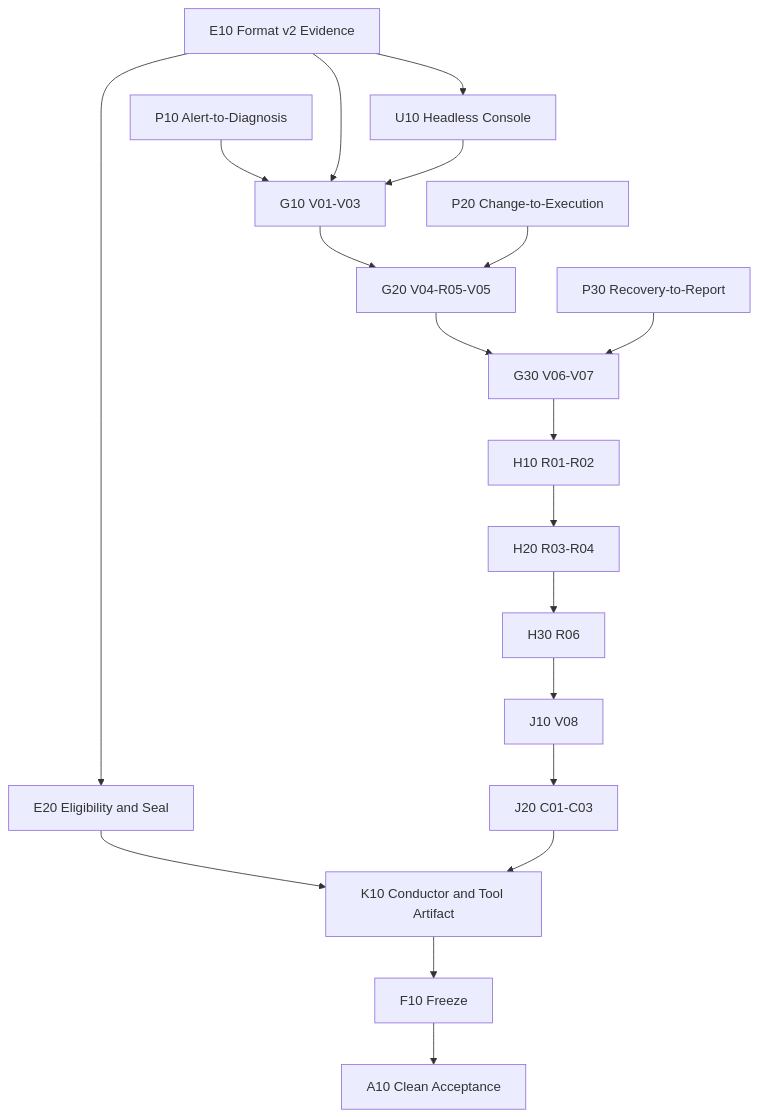
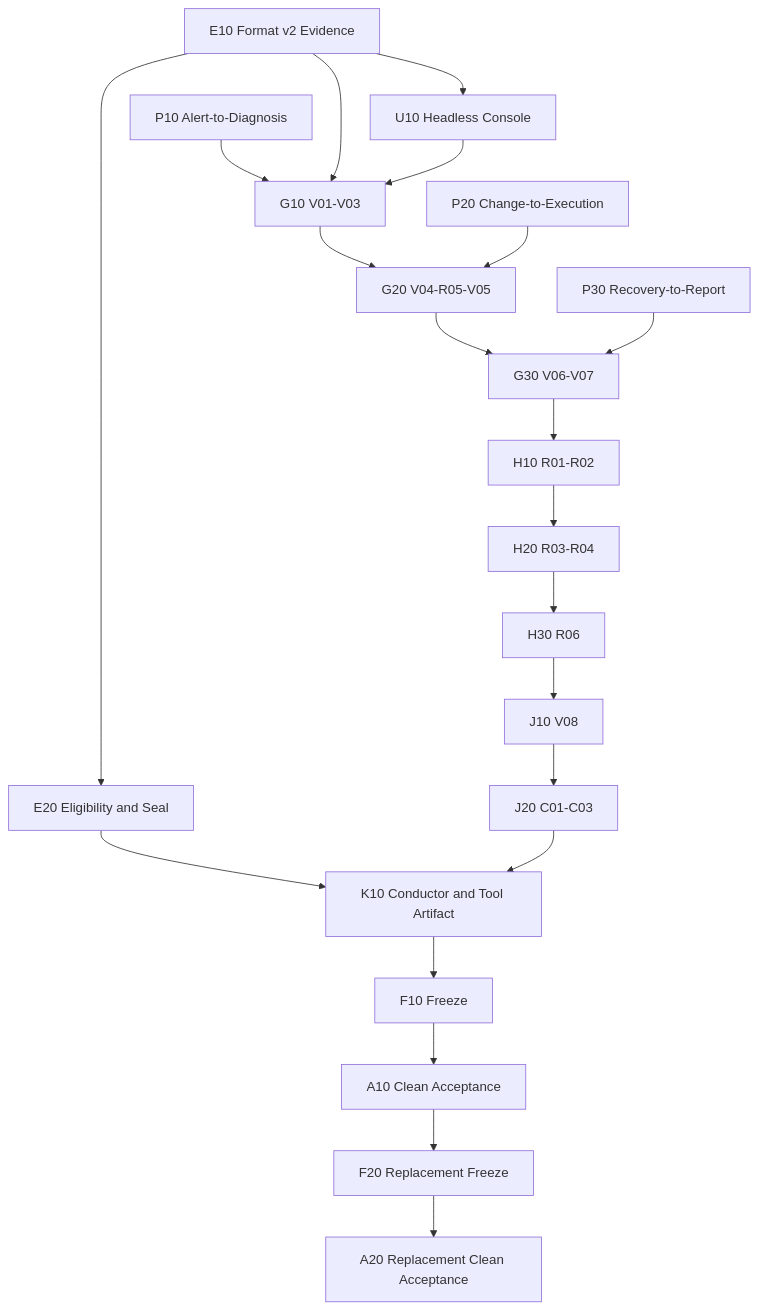
One commit to Timeless0927/AIops changed the diagram in .scratch/aiops-pilot-ready/remediation-tickets.md. Above: the diagram before and after it, drawn with Mermaid. The commit also changed other lines of this file and 1 other file, not shown here.

Commit message:
docs(acceptance): authorize F20 A20 replacement cycle

````diff
--- a/.scratch/aiops-pilot-ready/remediation-tickets.md
+++ b/.scratch/aiops-pilot-ready/remediation-tickets.md
@@ -12,21 +12,23 @@
 ```mermaid
 flowchart TD
   E10["E10 Format v2 Evidence"] --> E20["E20 Eligibility and Seal"]
   E10 --> U10["U10 Headless Console"]
   P10["P10 Alert-to-Diagnosis"] --> G10["G10 V01-V03"]
   E10 --> G10
   U10 --> G10
   G10 --> G20["G20 V04-R05-V05"]
   P20["P20 Change-to-Execution"] --> G20
   G20 --> G30["G30 V06-V07"]
   P30["P30 Recovery-to-Report"] --> G30
   G30 --> H10["H10 R01-R02"]
   H10 --> H20["H20 R03-R04"]
   H20 --> H30["H30 R06"]
   H30 --> J10["J10 V08"]
   J10 --> J20["J20 C01-C03"]
   E20 --> K10["K10 Conductor and Tool Artifact"]
   J20 --> K10
   K10 --> F10["F10 Freeze"]
   F10 --> A10["A10 Clean Acceptance"]
+  A10 --> F20["F20 Replacement Freeze"]
+  F20 --> A20["A20 Replacement Clean Acceptance"]
 ```
````
